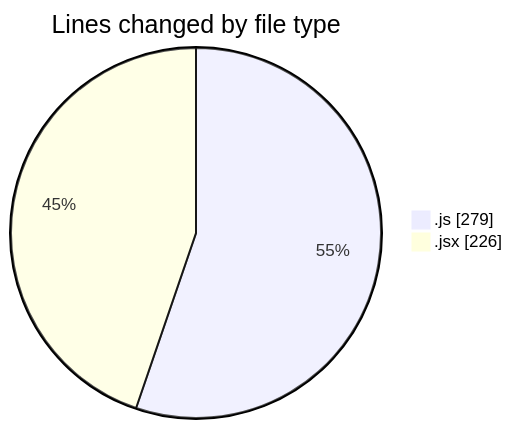
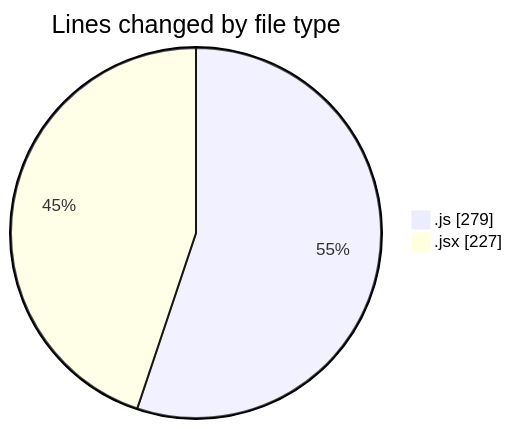
One commit to momahboobian/code-tracking changed the first of 2 diagrams in 2026-03-03/cda/README.md. Above: the diagram before and after it, drawn with Mermaid. The commit also changed other lines of this file and 1 other file, not shown here.

````diff
--- a/2026-03-03/cda/README.md
+++ b/2026-03-03/cda/README.md
@@ -21,6 +21,6 @@
 ```mermaid
 pie showData
 title Lines changed by file type
 ".js" : 279
-".jsx" : 226
+".jsx" : 227
 ```
````
